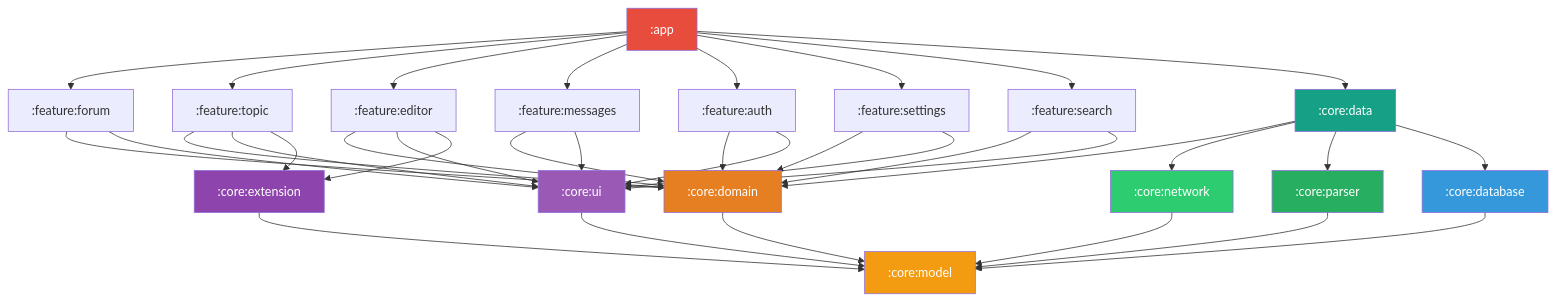
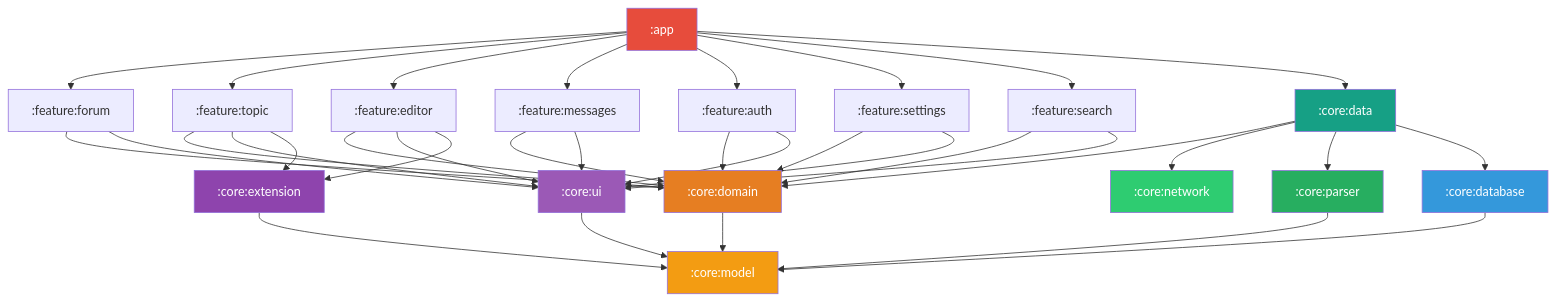
Before and after one commit to ForumHFR/redface2: the second of 3 diagrams in docs/specs/architecture.md, drawn with Mermaid. The commit also changed other lines of this file and 31 other files, not shown here.

````diff
--- a/docs/specs/architecture.md
+++ b/docs/specs/architecture.md
@@ -56,57 +56,56 @@
 ```mermaid
 graph TB
     APP[":app"] --> FF[":feature:forum"]
     APP --> FT[":feature:topic"]
     APP --> FE[":feature:editor"]
     APP --> FM[":feature:messages"]
     APP --> FA[":feature:auth"]
     APP --> FS[":feature:settings"]
     APP --> FSR[":feature:search"]
     APP --> CDATA[":core:data"]
 
     FF --> CDOM[":core:domain"]
     FF --> CU[":core:ui"]
 
     FT --> CDOM
     FT --> CU
     FT --> CEXT[":core:extension"]
 
     FE --> CDOM
     FE --> CU
     FE --> CEXT
 
     FM --> CDOM
     FM --> CU
 
     FA --> CDOM
     FA --> CU
 
     FS --> CDOM
     FS --> CU
 
     FSR --> CDOM
     FSR --> CU
 
     CDOM --> CM[":core:model"]
     CEXT --> CM
     CU --> CM
 
     CDATA --> CDOM
     CDATA --> CN[":core:network"]
     CDATA --> CP[":core:parser"]
     CDATA --> CD[":core:database"]
 
-    CN --> CM
     CP --> CM
     CD --> CM
 
     style APP fill:#e74c3c,color:#fff
     style CM fill:#f39c12,color:#fff
     style CDOM fill:#e67e22,color:#fff
     style CDATA fill:#16a085,color:#fff
     style CN fill:#2ecc71,color:#fff
     style CP fill:#27ae60,color:#fff
     style CD fill:#3498db,color:#fff
     style CU fill:#9b59b6,color:#fff
     style CEXT fill:#8e44ad,color:#fff
 ```
````
